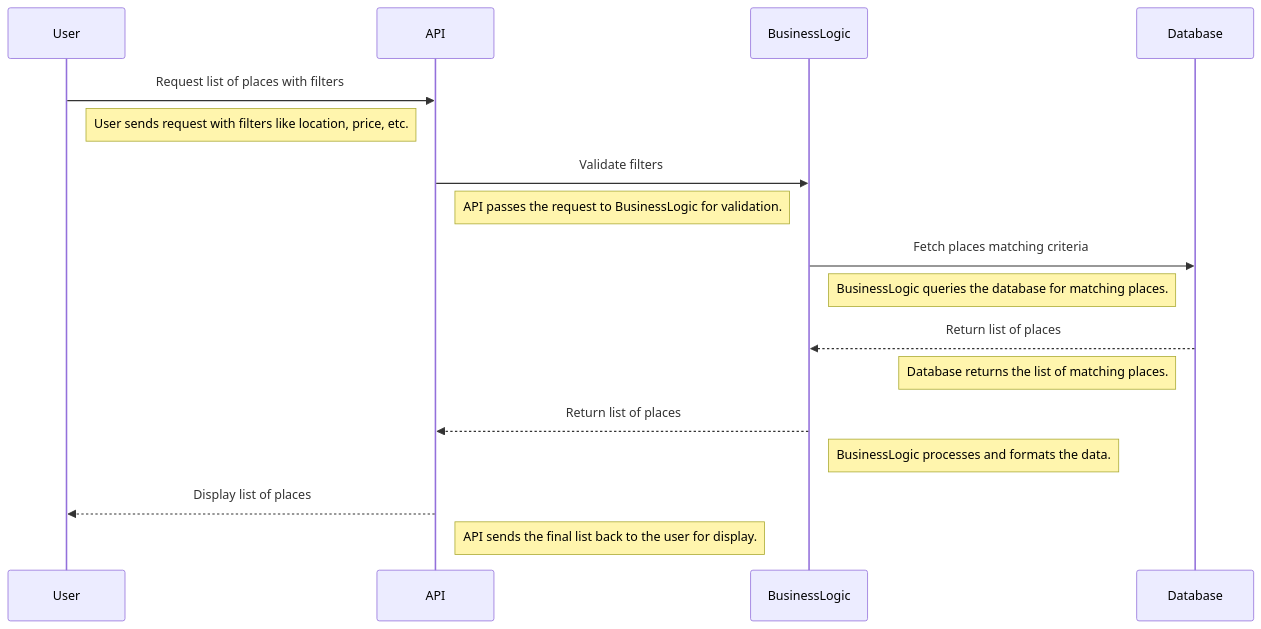
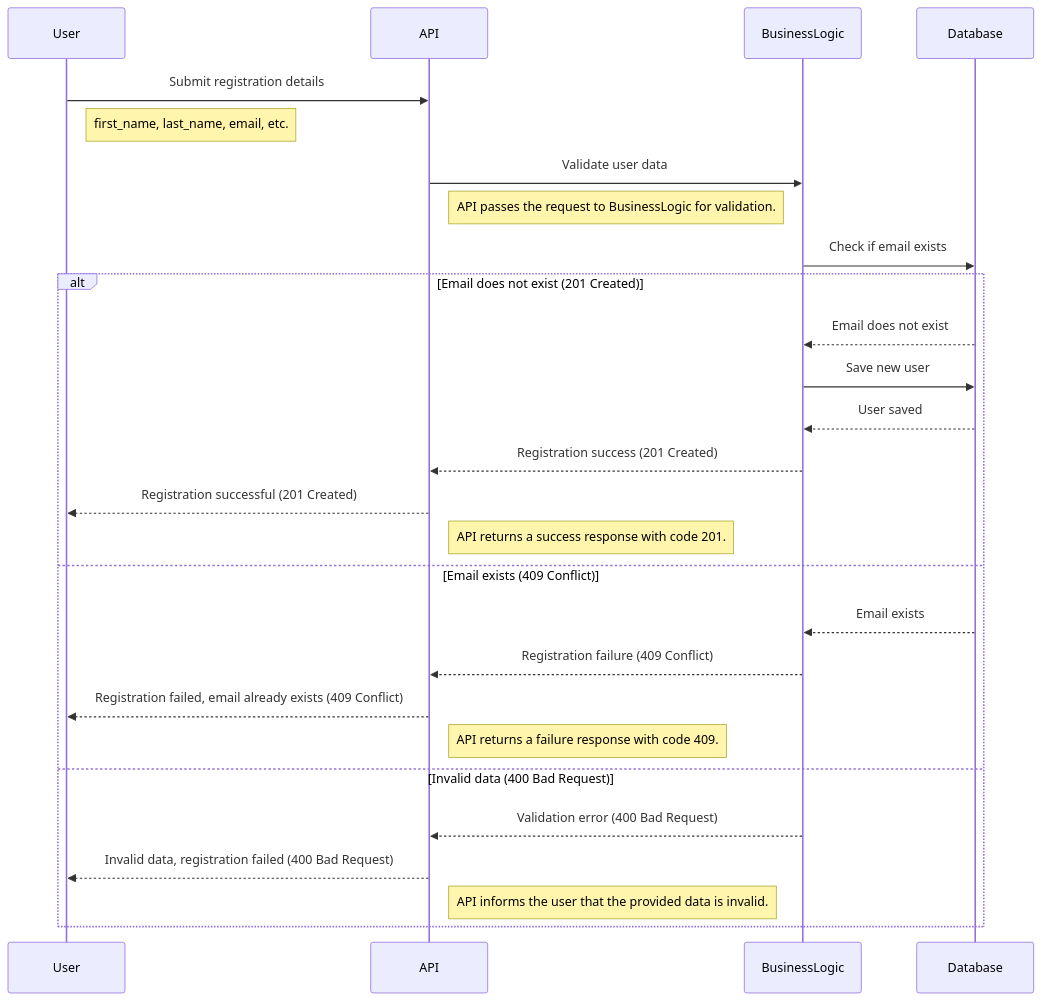
One commit to Basco64/HBNB_UML changed the diagram in 2.listReview.md. Above: the diagram before and after it, drawn with Mermaid.

````diff
--- a/2.listReview.md
+++ b/2.listReview.md
@@ -1,25 +1,34 @@
 ```mermaid
 sequenceDiagram
+
     participant User
     participant API
     participant BusinessLogic
     participant Database
 
-    User->>API: Request list of places with filters
-    note right of User: User sends request with filters like location, price, etc.
-    
-    API->>BusinessLogic: Validate filters
+    User->>API: Submit registration details
+    note right of User: first_name, last_name, email, etc.
+
+    API->>BusinessLogic: Validate user data
     note right of API: API passes the request to BusinessLogic for validation.
-    
-    BusinessLogic->>Database: Fetch places matching criteria
-    note right of BusinessLogic: BusinessLogic queries the database for matching places.
-    
-    Database-->>BusinessLogic: Return list of places
-    note left of Database: Database returns the list of matching places.
-    
-    BusinessLogic-->>API: Return list of places
-    note right of BusinessLogic: BusinessLogic processes and formats the data.
-    
-    API-->>User: Display list of places
-    note right of API: API sends the final list back to the user for display.
+
+    BusinessLogic->>Database: Check if email exists
+
+    alt Email does not exist (201 Created)
+        Database-->>BusinessLogic: Email does not exist
+        BusinessLogic->>Database: Save new user
+        Database-->>BusinessLogic: User saved
+        BusinessLogic-->>API: Registration success (201 Created)
+        API-->>User: Registration successful (201 Created)
+        note right of API: API returns a success response with code 201.
+    else Email exists (409 Conflict)
+        Database-->>BusinessLogic: Email exists
+        BusinessLogic-->>API: Registration failure (409 Conflict)
+        API-->>User: Registration failed, email already exists (409 Conflict)
+        note right of API: API returns a failure response with code 409.
+    else Invalid data (400 Bad Request)
+        BusinessLogic-->>API: Validation error (400 Bad Request)
+        API-->>User: Invalid data, registration failed (400 Bad Request)
+        note right of API: API informs the user that the provided data is invalid.
+    end
 ```
````
